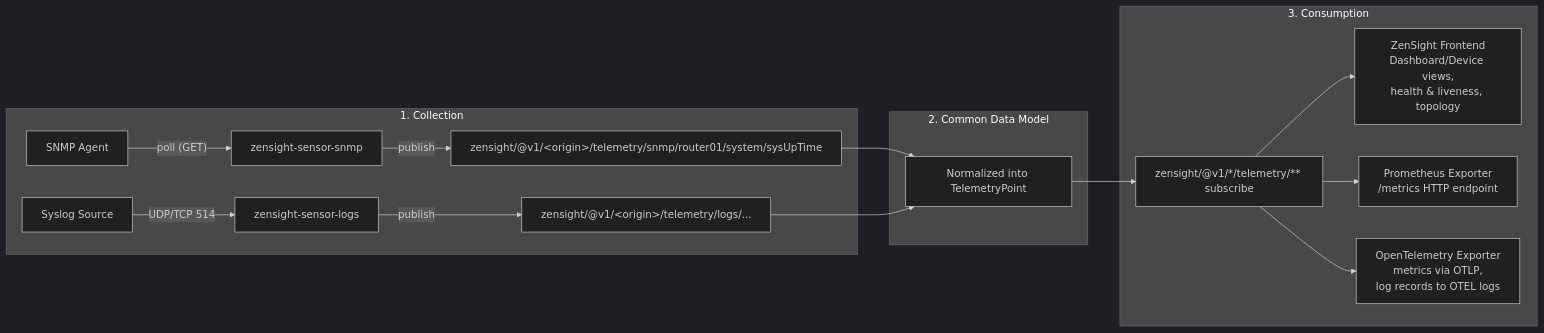
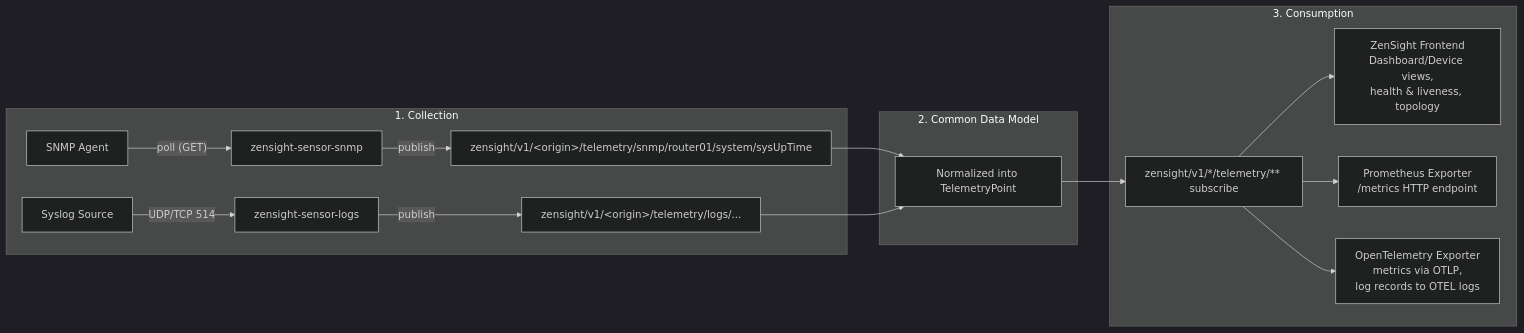
Before and after one commit to p13marc/zensight: the third of 8 diagrams in docs/ARCHITECTURE.md, drawn with Mermaid (dark theme). The commit also changed other lines of this file and 135 other files, not shown here.

````diff
--- a/docs/ARCHITECTURE.md
+++ b/docs/ARCHITECTURE.md
@@ -102,29 +102,29 @@
 ```mermaid
 flowchart LR
     subgraph Collection["1. Collection"]
         SNMPAgent["SNMP Agent"] -- "poll (GET)" --> SnmpSensor["zensight-sensor-snmp"]
-        SnmpSensor -- publish --> SnmpKey["zensight/@v1/&lt;origin&gt;/telemetry/snmp/router01/system/sysUpTime"]
+        SnmpSensor -- publish --> SnmpKey["zensight/v1/&lt;origin&gt;/telemetry/snmp/router01/system/sysUpTime"]
 
         SyslogSource["Syslog Source"] -- "UDP/TCP 514" --> LogsSensor["zensight-sensor-logs"]
-        LogsSensor -- publish --> LogsKey["zensight/@v1/&lt;origin&gt;/telemetry/logs/..."]
+        LogsSensor -- publish --> LogsKey["zensight/v1/&lt;origin&gt;/telemetry/logs/..."]
     end
 
     subgraph Model["2. Common Data Model"]
         TP["Normalized into TelemetryPoint"]
     end
 
     SnmpKey --> TP
     LogsKey --> TP
 
     subgraph Consumption["3. Consumption"]
-        Bus["zensight/@v1/*/telemetry/** subscribe"]
+        Bus["zensight/v1/*/telemetry/** subscribe"]
         Frontend["ZenSight Frontend<br/>Dashboard/Device views,<br/>health &amp; liveness, topology"]
         PromExp["Prometheus Exporter<br/>/metrics HTTP endpoint"]
         OtelExp["OpenTelemetry Exporter<br/>metrics via OTLP,<br/>log records to OTEL logs"]
     end
 
     TP --> Bus
     Bus --> Frontend
     Bus --> PromExp
     Bus --> OtelExp
 ```
````
